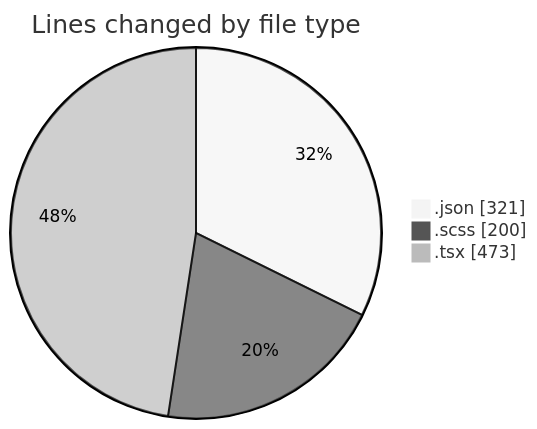
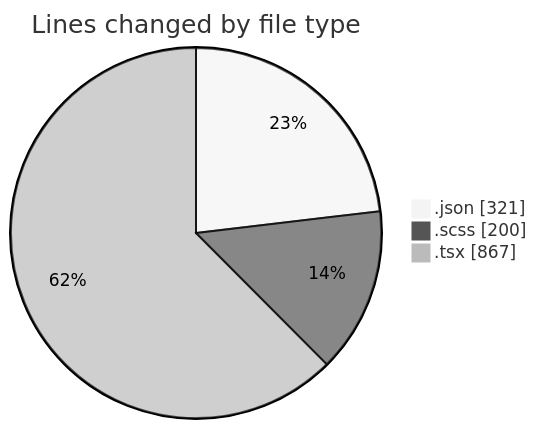
Before and after one commit to momahboobian/code-tracking: the first of 2 diagrams in 2026-04-20/cda/README.md, drawn with Mermaid (neutral theme). The commit also changed other lines of this file and 1 other file, not shown here.

````diff
--- a/2026-04-20/cda/README.md
+++ b/2026-04-20/cda/README.md
@@ -26,7 +27,7 @@
 ```mermaid
 pie showData
 title Lines changed by file type
 ".json" : 321
 ".scss" : 200
-".tsx" : 473
+".tsx" : 867
 ```
````
